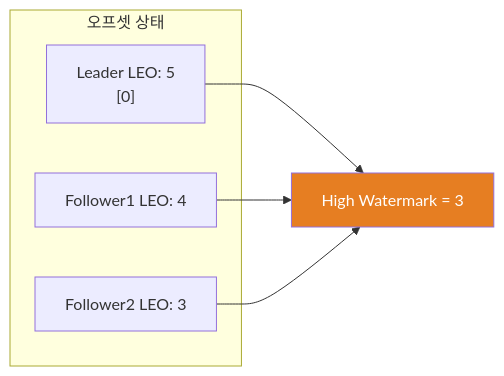
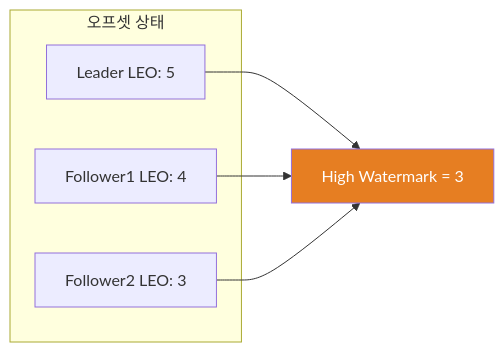
The third of 8 diagrams in _posts/kafka/2026-05-01-kafka-replication.md (yjkim2015/yjkim2015.github.io), drawn with Mermaid before and after one commit. The commit also changed other lines of this file and 217 other files, not shown here.

First line of the commit message:
Mermaid 크기 수정: useMaxWidth:true + SVG max-width:100% + 라벨 축소

````diff
--- a/_posts/kafka/2026-05-01-kafka-replication.md
+++ b/_posts/kafka/2026-05-01-kafka-replication.md
@@ -83,13 +83,13 @@
 ```mermaid
 graph LR
     subgraph "오프셋 상태"
-        L["Leader LEO: 5\n[0]"]
-        F1["Follower1 LEO: 4\n"]
-        F2["Follower2 LEO: 3\n"]
+        L["Leader LEO: 5"]
+        F1["Follower1 LEO: 4"]
+        F2["Follower2 LEO: 3"]
     end
     HW["High Watermark = 3"]
     L --> HW
     F1 --> HW
     F2 --> HW
     style HW fill:#e67e22,color:#fff
 ```
````
